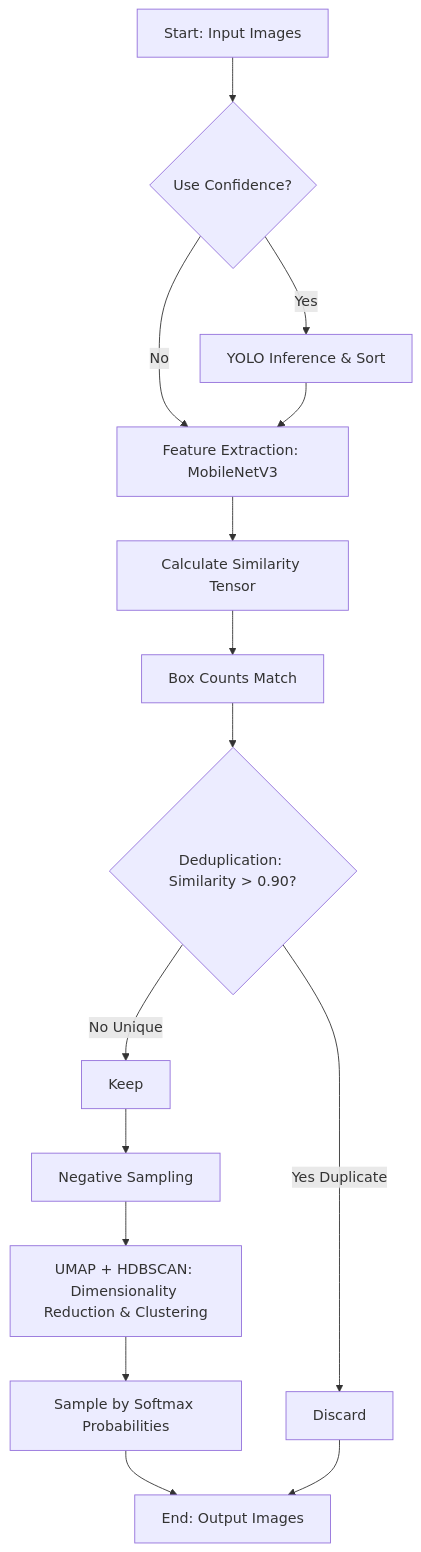
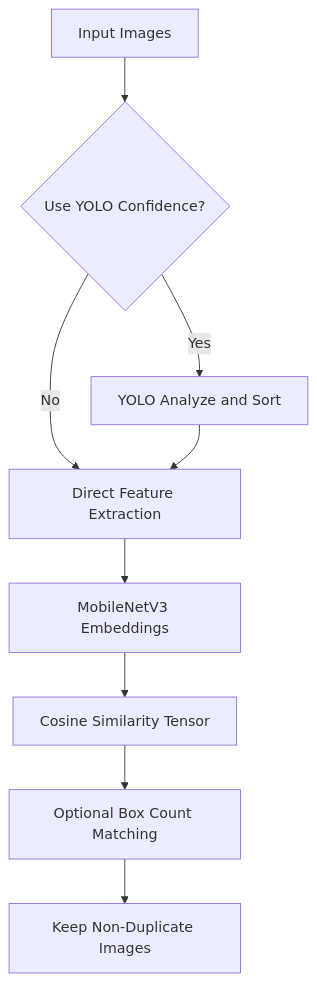
Before and after one commit to leo2783/Traffic-Violation-Reporting-Automation-TVRA: the second of 3 diagrams in Tools/sampling/detail/SAMPLING_DETAILS_en.md, drawn with Mermaid. The commit also changed other lines of this file and 4 other files, not shown here.

````diff
--- a/Tools/sampling/detail/SAMPLING_DETAILS_en.md
+++ b/Tools/sampling/detail/SAMPLING_DETAILS_en.md
@@ -19,19 +64,11 @@
 ```mermaid
 graph TD
-    A[Start: Input Images] --> B{Use Confidence?}
-    B -- Yes --> C[YOLO Inference & Sort]
-    B -- No --> D[Feature Extraction: MobileNetV3]
+    A[Input Images] --> B{Use YOLO Confidence?}
+    B -- Yes --> C[YOLO Analyze and Sort]
+    B -- No --> D[Direct Feature Extraction]
     C --> D
-    D --> E[Calculate Similarity Tensor]
-    E --> F[Box Counts Match]
-    F --> G{Deduplication: Similarity > 0.90?}
-    G -- Yes Duplicate --> H[Discard]
-    G -- No Unique --> I[Keep]
-    
-    %% Sampling phase (sampling.py)
-    I --> J[Negative Sampling]
-    J --> K[UMAP + HDBSCAN: Dimensionality Reduction & Clustering]
-    K --> L[Sample by Softmax Probabilities]
-    L --> M[End: Output Images]
-    H --> M
+    D --> E[MobileNetV3 Embeddings]
+    E --> F[Cosine Similarity Tensor]
+    F --> G[Optional Box Count Matching]
+    G --> H[Keep Non-Duplicate Images]
 ```
````
